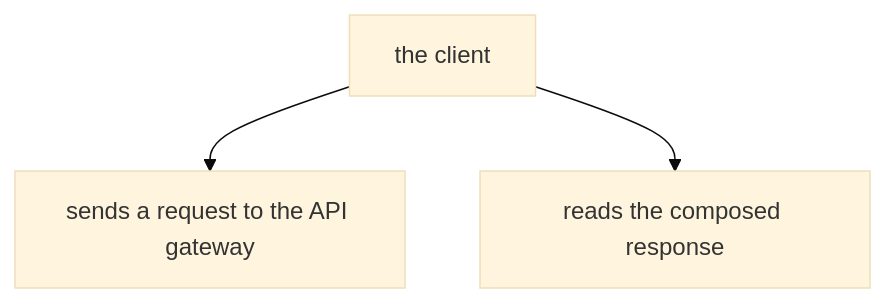
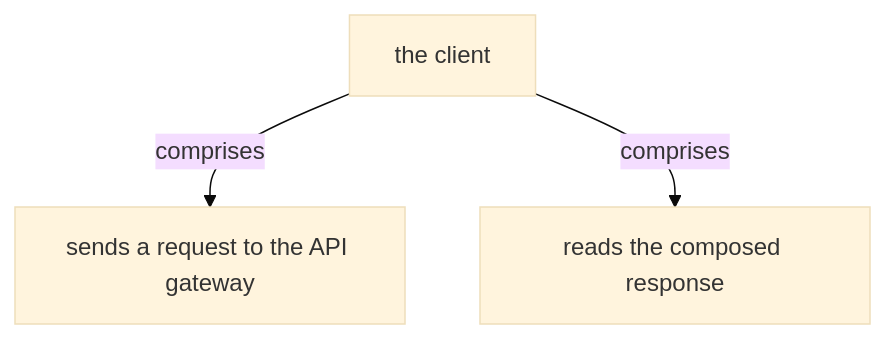
One commit to vinayakuber/microservices-io-study-guide changed the fifth of 14 diagrams in docs/ch02-microservice-architecture.md. Above: the diagram before and after it, drawn with Mermaid (base theme). The commit also changed other lines of this file and 71 other files, not shown here.

First line of the commit message:
R18: label every diagram arrow with its meaning

````diff
--- a/docs/ch02-microservice-architecture.md
+++ b/docs/ch02-microservice-architecture.md
@@ -237,6 +237,6 @@
 ```mermaid
 flowchart TD
   R["the client"]
-  R --> P0["sends a request to the API gateway"]
-  R --> P1["reads the composed response"]
+  R -->|"comprises"| P0["sends a request to the API gateway"]
+  R -->|"comprises"| P1["reads the composed response"]
 ```
````
